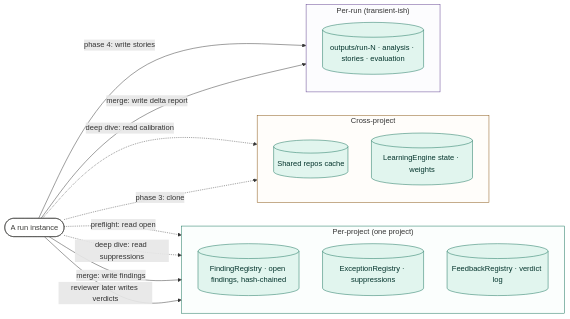
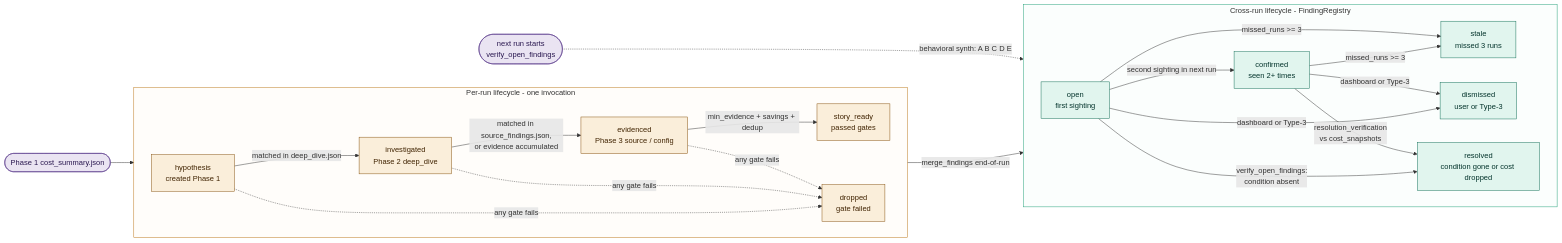
The fourth of 4 diagrams in examples/real-repos/autoresearch.md (jyouturner/explain-the-repo), drawn with Mermaid before and after one commit. The commit also changed other lines of this file and 2 other files, not shown here.

````diff
--- a/examples/real-repos/autoresearch.md
+++ b/examples/real-repos/autoresearch.md
@@ -207,41 +283,53 @@
 ```mermaid
 flowchart LR
-  run([A run instance])
-
-  subgraph PERPROJECT [" Per-project (one project) "]
-    direction TB
-    fr[(FindingRegistry · open findings, hash-chained)]
-    er[(ExceptionRegistry · suppressions)]
-    feedback_reg[(FeedbackRegistry · verdict log)]
+  subgraph PER_RUN [" Per-run lifecycle  -  one invocation "]
+    direction LR
+    h[hypothesis<br/>created Phase 1]
+    inv2[investigated<br/>Phase 2 deep_dive]
+    ev[evidenced<br/>Phase 3 source / config]
+    sr[story_ready<br/>passed gates]
+    drop[dropped<br/>gate failed]
   end
 
-  subgraph CROSSPROJECT [" Cross-project "]
-    direction TB
-    repos_cache[(Shared repos cache)]
-    learning_state[(LearningEngine state · weights)]
+  subgraph CROSS_RUN [" Cross-run lifecycle  -  FindingRegistry "]
+    direction LR
+    open_s[open<br/>first sighting]
+    conf[confirmed<br/>seen 2+ times]
+    dism[dismissed<br/>user or Type-3]
+    res[resolved<br/>condition gone or cost dropped]
+    stl[stale<br/>missed 3 runs]
   end
 
-  subgraph PERRUN [" Per-run (transient-ish) "]
-    direction TB
-    out[(outputs/run-N · analysis · stories · evaluation)]
-  end
+  start_node([Phase 1 cost_summary.json])
+  out([next run starts<br/>verify_open_findings])
 
-  run -.->|"preflight: read open"| fr
-  run -.->|"deep dive: read suppressions"| er
-  run -.->|"deep dive: read calibration"| learning_state
-  run -.->|"phase 3: clone"| repos_cache
-  run -->|"merge: write findings"| fr
-  run -->|"phase 4: write stories"| out
-  run -->|"merge: write delta report"| out
-  run -->|"reviewer later writes verdicts"| feedback_reg
+  start_node --> h
+  h -->|"matched in deep_dive.json"| inv2
+  inv2 -->|"matched in source_findings.json,<br/>or evidence accumulated"| ev
+  ev -->|"min_evidence + savings + dedup"| sr
+  h -.->|"any gate fails"| drop
+  inv2 -.->|"any gate fails"| drop
+  ev -.->|"any gate fails"| drop
 
-  classDef store fill:#E1F5EE,stroke:#0F6E56,color:#04342C
-  classDef actor fill:#FFFFFF,stroke:#3d3d3a,color:#3d3d3a
+  sr -->|"merge_findings end-of-run"| open_s
+  open_s -->|"second sighting in next run"| conf
+  conf -->|"missed_runs >= 3"| stl
+  open_s -->|"missed_runs >= 3"| stl
+  open_s -->|"dashboard or Type-3"| dism
+  conf -->|"dashboard or Type-3"| dism
+  open_s -->|"verify_open_findings:<br/>condition absent"| res
+  conf -->|"resolution_verification<br/>vs cost_snapshots"| res
 
-  class fr,er,feedback_reg,repos_cache,learning_state,out store
-  class run actor
+  out -.->|"behavioral synth: A B C D E"| res
 
-  style PERPROJECT  fill:#E1F5EE22,stroke:#0F6E56
-  style CROSSPROJECT fill:#FAEEDA22,stroke:#854F0B
-  style PERRUN      fill:#EAE4F222,stroke:#5B3A8C
+  classDef per fill:#FAEEDA,stroke:#854F0B,color:#412402
+  classDef cross fill:#E1F5EE,stroke:#0F6E56,color:#04342C
+  classDef ext fill:#EAE4F2,stroke:#5B3A8C,color:#2A1850
+
+  class h,inv2,ev,sr,drop per
+  class open_s,conf,dism,res,stl cross
+  class start_node,out ext
+
+  style PER_RUN fill:#FAEEDA22,stroke:#BA7517
+  style CROSS_RUN fill:#E1F5EE22,stroke:#1D9E75
 ```
````
